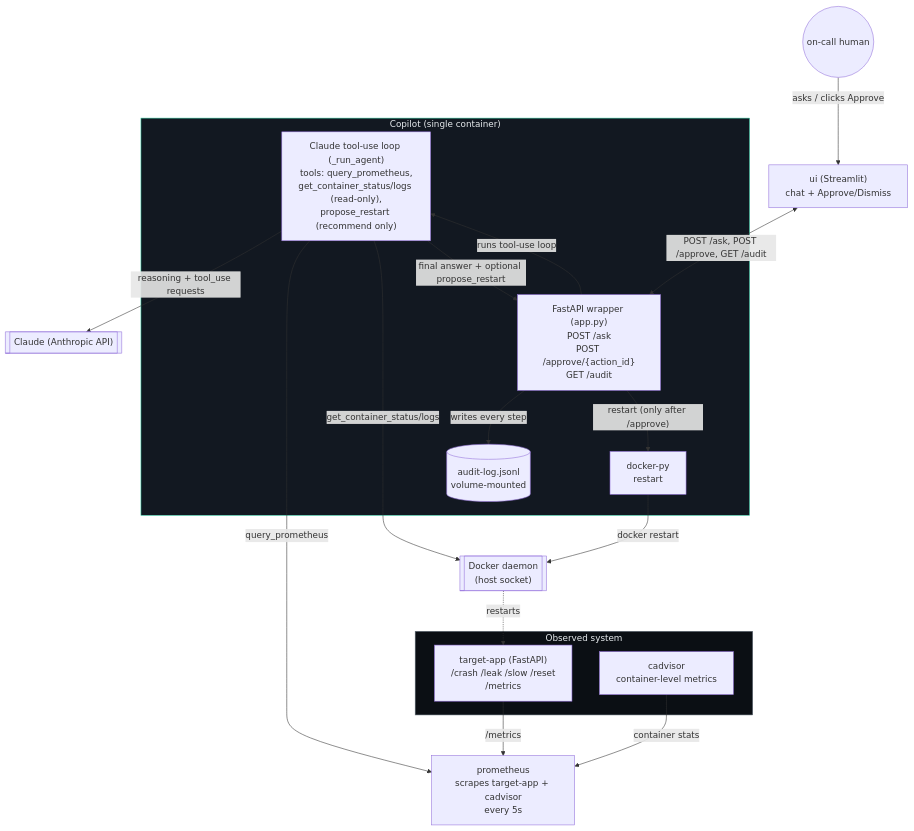
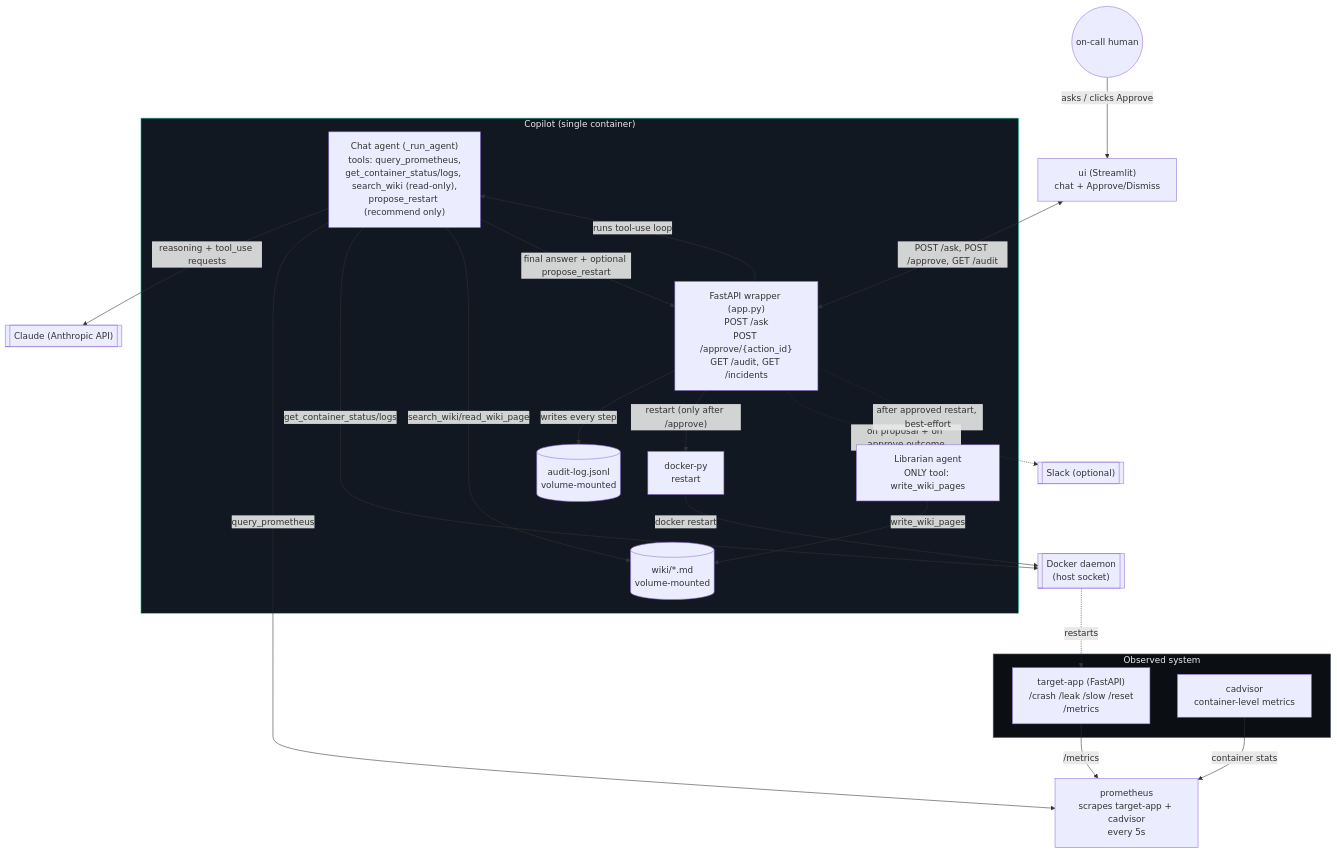
Before and after one commit to omanandswami2005/overwatch-sre: the first of 6 diagrams in docs/architecture.md, drawn with Mermaid. The commit also changed other lines of this file and 10 other files, not shown here.

````diff
--- a/docs/architecture.md
+++ b/docs/architecture.md
@@ -19,40 +25,47 @@
 ```mermaid
 flowchart TB
     subgraph observed["Observed system"]
         TA["target-app (FastAPI)\n/crash /leak /slow /reset\n/metrics"]
         CAD["cadvisor\ncontainer-level metrics"]
     end
 
     PROM["prometheus\nscrapes target-app + cadvisor\nevery 5s"]
 
     subgraph copilot["Copilot (single container)"]
-        AGENT["Claude tool-use loop (_run_agent)\ntools: query_prometheus,\nget_container_status/logs (read-only),\npropose_restart (recommend only)"]
-        API["FastAPI wrapper (app.py)\nPOST /ask\nPOST /approve/{action_id}\nGET /audit"]
+        AGENT["Chat agent (_run_agent)\ntools: query_prometheus,\nget_container_status/logs, search_wiki (read-only),\npropose_restart (recommend only)"]
+        API["FastAPI wrapper (app.py)\nPOST /ask\nPOST /approve/{action_id}\nGET /audit, GET /incidents"]
         DOCKERPY["docker-py\nrestart <container>"]
         AUDIT[("audit-log.jsonl\nvolume-mounted")]
+        LIB["Librarian agent\nONLY tool: write_wiki_pages"]
+        WIKI[("wiki/*.md\nvolume-mounted")]
     end
 
     UI["ui (Streamlit)\nchat + Approve/Dismiss"]
     HUMAN(("on-call human"))
     DOCKERD[["Docker daemon\n(host socket)"]]
     CLAUDE[["Claude (Anthropic API)"]]
+    SLACK[["Slack (optional)"]]
 
     TA -- "/metrics" --> PROM
     CAD -- "container stats" --> PROM
 
     API -- "runs tool-use loop" --> AGENT
     AGENT -- "reasoning + tool_use requests" --> CLAUDE
     AGENT -- "query_prometheus" --> PROM
     AGENT -- "get_container_status/logs" --> DOCKERD
+    AGENT -- "search_wiki/read_wiki_page" --> WIKI
     AGENT -- "final answer + optional propose_restart" --> API
     API -- "writes every step" --> AUDIT
     API -- "restart (only after /approve)" --> DOCKERPY
     DOCKERPY -- "docker restart" --> DOCKERD
     DOCKERD -. "restarts" .-> TA
+    API -. "on proposal + on approve outcome" .-> SLACK
+    API -. "after approved restart, best-effort" .-> LIB
+    LIB -- "write_wiki_pages" --> WIKI
 
     UI <-- "POST /ask, POST /approve, GET /audit" --> API
     HUMAN -- "asks / clicks Approve" --> UI
 
     style copilot fill:#121821,stroke:#35D0A6,color:#E8ECEF
     style observed fill:#0B0F14,stroke:#5B6672,color:#E8ECEF
 ```
````
